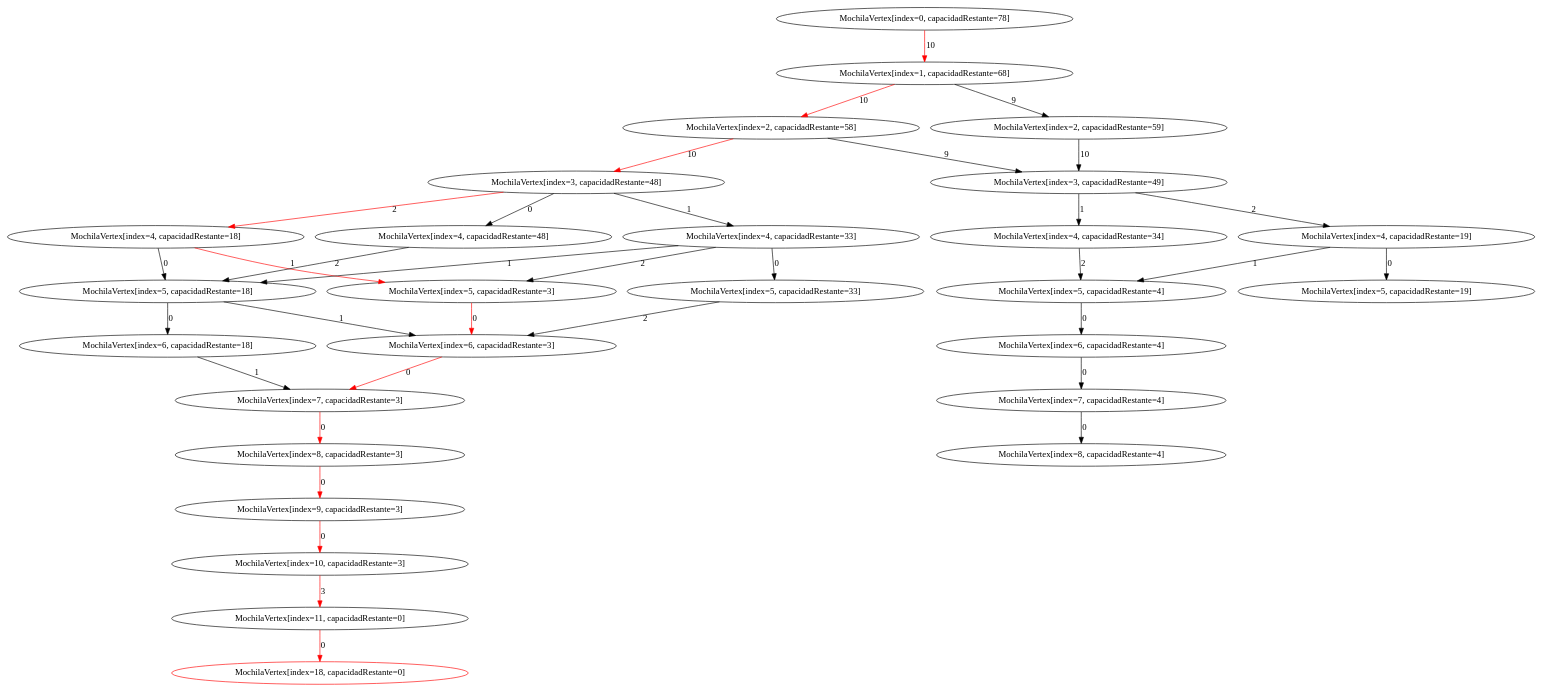
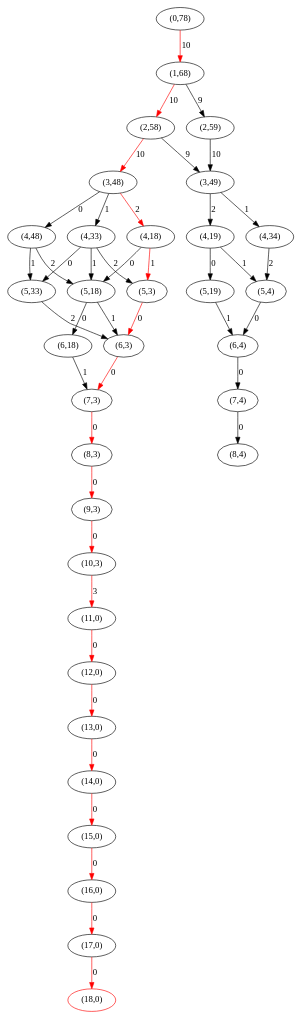
One commit to migueltoro/ada_v2_18 changed the diagram in java/EjemplosAlgoritmos/ficheros/MochilaBTGraph2.gv. Above: the diagram before and after it, drawn with Graphviz. The commit also changed 321 other files, not shown here.

```diff
--- a/java/EjemplosAlgoritmos/ficheros/MochilaBTGraph2.gv
+++ b/java/EjemplosAlgoritmos/ficheros/MochilaBTGraph2.gv
@@ -1,63 +1,77 @@
 strict digraph G {
-  1 [ label="MochilaVertex[index=0, capacidadRestante=78]" ];
-  2 [ label="MochilaVertex[index=1, capacidadRestante=68]" ];
-  3 [ label="MochilaVertex[index=2, capacidadRestante=58]" ];
-  4 [ label="MochilaVertex[index=3, capacidadRestante=48]" ];
-  5 [ label="MochilaVertex[index=4, capacidadRestante=18]" ];
-  6 [ label="MochilaVertex[index=5, capacidadRestante=3]" ];
-  7 [ label="MochilaVertex[index=6, capacidadRestante=3]" ];
-  8 [ label="MochilaVertex[index=7, capacidadRestante=3]" ];
-  9 [ label="MochilaVertex[index=8, capacidadRestante=3]" ];
-  10 [ label="MochilaVertex[index=9, capacidadRestante=3]" ];
-  11 [ label="MochilaVertex[index=10, capacidadRestante=3]" ];
-  12 [ label="MochilaVertex[index=11, capacidadRestante=0]" ];
-  13 [ color="red" label="MochilaVertex[index=18, capacidadRestante=0]" ];
-  14 [ label="MochilaVertex[index=5, capacidadRestante=18]" ];
-  15 [ label="MochilaVertex[index=6, capacidadRestante=18]" ];
-  16 [ label="MochilaVertex[index=4, capacidadRestante=33]" ];
-  17 [ label="MochilaVertex[index=5, capacidadRestante=33]" ];
-  18 [ label="MochilaVertex[index=4, capacidadRestante=48]" ];
-  19 [ label="MochilaVertex[index=3, capacidadRestante=49]" ];
-  20 [ label="MochilaVertex[index=4, capacidadRestante=19]" ];
-  21 [ label="MochilaVertex[index=5, capacidadRestante=4]" ];
-  22 [ label="MochilaVertex[index=6, capacidadRestante=4]" ];
-  23 [ label="MochilaVertex[index=7, capacidadRestante=4]" ];
-  24 [ label="MochilaVertex[index=8, capacidadRestante=4]" ];
-  25 [ label="MochilaVertex[index=5, capacidadRestante=19]" ];
-  26 [ label="MochilaVertex[index=4, capacidadRestante=34]" ];
-  27 [ label="MochilaVertex[index=2, capacidadRestante=59]" ];
-  12 -> 13 [ color="red" label="0" ];
-  11 -> 12 [ color="red" label="3" ];
-  10 -> 11 [ color="red" label="0" ];
-  9 -> 10 [ color="red" label="0" ];
-  8 -> 9 [ color="red" label="0" ];
-  7 -> 8 [ color="red" label="0" ];
-  6 -> 7 [ color="red" label="0" ];
-  5 -> 6 [ color="red" label="1" ];
-  14 -> 7 [ label="1" ];
-  15 -> 8 [ label="1" ];
-  14 -> 15 [ label="0" ];
-  5 -> 14 [ label="0" ];
-  4 -> 5 [ color="red" label="2" ];
-  16 -> 6 [ label="2" ];
-  16 -> 14 [ label="1" ];
-  17 -> 7 [ label="2" ];
+  1 [ label="(17,0)" ];
+  2 [ color="red" label="(18,0)" ];
+  3 [ label="(16,0)" ];
+  4 [ label="(15,0)" ];
+  5 [ label="(14,0)" ];
+  6 [ label="(13,0)" ];
+  7 [ label="(12,0)" ];
+  8 [ label="(11,0)" ];
+  9 [ label="(10,3)" ];
+  10 [ label="(9,3)" ];
+  11 [ label="(8,3)" ];
+  12 [ label="(7,3)" ];
+  13 [ label="(6,3)" ];
+  14 [ label="(5,3)" ];
+  15 [ label="(4,18)" ];
+  16 [ label="(5,18)" ];
+  17 [ label="(6,18)" ];
+  18 [ label="(3,48)" ];
+  19 [ label="(4,33)" ];
+  20 [ label="(5,33)" ];
+  21 [ label="(4,48)" ];
+  22 [ label="(2,58)" ];
+  23 [ label="(7,4)" ];
+  24 [ label="(8,4)" ];
+  25 [ label="(6,4)" ];
+  26 [ label="(5,4)" ];
+  27 [ label="(4,19)" ];
+  28 [ label="(5,19)" ];
+  29 [ label="(3,49)" ];
+  30 [ label="(4,34)" ];
+  31 [ label="(1,68)" ];
+  32 [ label="(2,59)" ];
+  33 [ label="(0,78)" ];
+  1 -> 2 [ color="red" label="0" ];
+  3 -> 1 [ color="red" label="0" ];
+  4 -> 3 [ color="red" label="0" ];
+  5 -> 4 [ color="red" label="0" ];
+  6 -> 5 [ color="red" label="0" ];
+  7 -> 6 [ color="red" label="0" ];
+  8 -> 7 [ color="red" label="0" ];
+  9 -> 8 [ color="red" label="3" ];
+  10 -> 9 [ color="red" label="0" ];
+  11 -> 10 [ color="red" label="0" ];
+  12 -> 11 [ color="red" label="0" ];
+  13 -> 12 [ color="red" label="0" ];
+  14 -> 13 [ color="red" label="0" ];
+  15 -> 14 [ color="red" label="1" ];
+  16 -> 13 [ label="1" ];
+  17 -> 12 [ label="1" ];
   16 -> 17 [ label="0" ];
-  4 -> 16 [ label="1" ];
-  18 -> 14 [ label="2" ];
-  4 -> 18 [ label="0" ];
-  3 -> 4 [ color="red" label="10" ];
+  15 -> 16 [ label="0" ];
+  18 -> 15 [ color="red" label="2" ];
+  19 -> 14 [ label="2" ];
+  19 -> 16 [ label="1" ];
+  20 -> 13 [ label="2" ];
+  19 -> 20 [ label="0" ];
+  18 -> 19 [ label="1" ];
+  21 -> 16 [ label="2" ];
+  21 -> 20 [ label="1" ];
+  18 -> 21 [ label="0" ];
+  22 -> 18 [ color="red" label="10" ];
   23 -> 24 [ label="0" ];
-  22 -> 23 [ label="0" ];
-  21 -> 22 [ label="0" ];
-  20 -> 21 [ label="1" ];
-  20 -> 25 [ label="0" ];
-  19 -> 20 [ label="2" ];
-  26 -> 21 [ label="2" ];
-  19 -> 26 [ label="1" ];
-  3 -> 19 [ label="9" ];
-  2 -> 3 [ color="red" label="10" ];
-  27 -> 19 [ label="10" ];
-  2 -> 27 [ label="9" ];
-  1 -> 2 [ color="red" label="10" ];
+  25 -> 23 [ label="0" ];
+  26 -> 25 [ label="0" ];
+  27 -> 26 [ label="1" ];
+  28 -> 25 [ label="1" ];
+  27 -> 28 [ label="0" ];
+  29 -> 27 [ label="2" ];
+  30 -> 26 [ label="2" ];
+  29 -> 30 [ label="1" ];
+  22 -> 29 [ label="9" ];
+  31 -> 22 [ color="red" label="10" ];
+  32 -> 29 [ label="10" ];
+  31 -> 32 [ label="9" ];
+  33 -> 31 [ color="red" label="10" ];
 }
```
